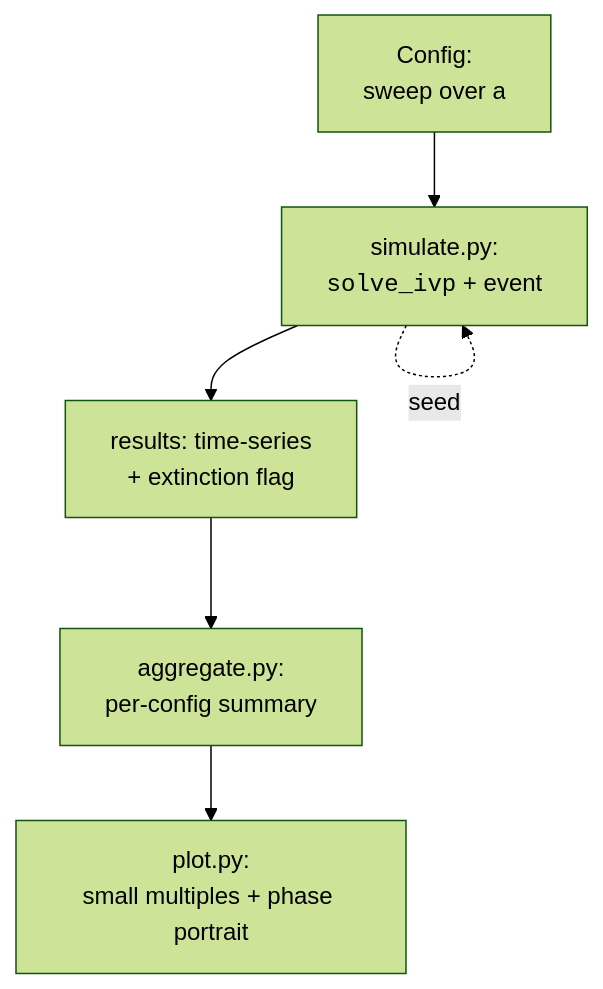
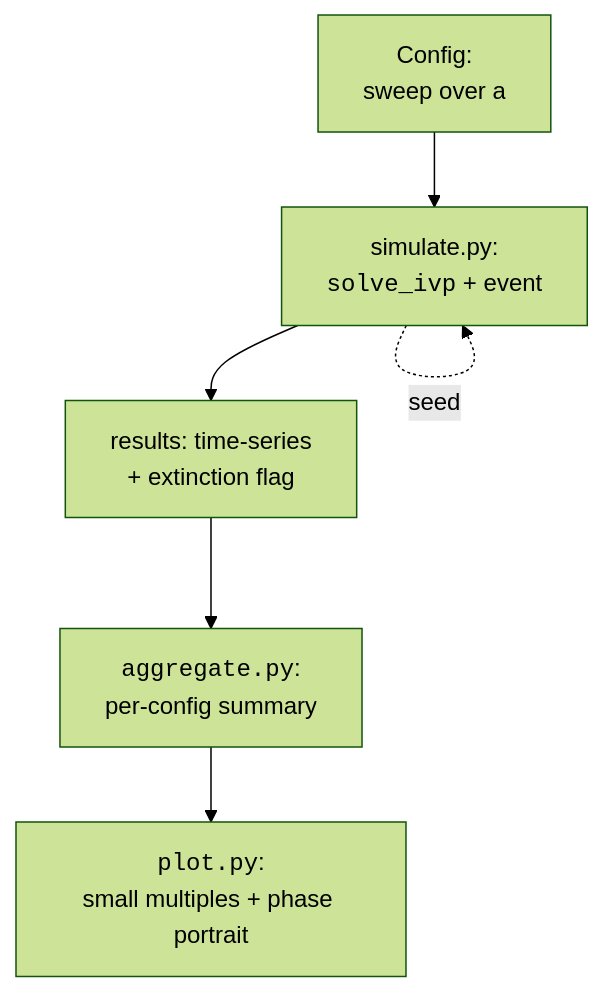
The diagram in content/learn/scientific-computing-python/capstone-simulation.mdx (dataslope/dataslope), drawn with Mermaid (forest theme) before and after one commit. The commit also changed 100 other files, not shown here.

First line of the commit message:
Wrap more code in diagram labels: filenames, hex, assignments, subgraph titles

````diff
--- a/content/learn/scientific-computing-python/capstone-simulation.mdx
+++ b/content/learn/scientific-computing-python/capstone-simulation.mdx
@@ -40,8 +40,8 @@
 ```mermaid
 flowchart TD
     Cfg[Config:<br/>sweep over a] --> Sim["simulate.py:<br/><code>solve_ivp</code> + event"]
     Sim --> Res[results: time-series<br/>+ extinction flag]
-    Res --> Agg[aggregate.py:<br/>per-config summary]
-    Agg --> Viz[plot.py:<br/>small multiples + phase portrait]
+    Res --> Agg["<code>aggregate.py</code>:<br/>per-config summary"]
+    Agg --> Viz["<code>plot.py</code>:<br/>small multiples + phase portrait"]
     Sim -. seed .-> Sim
 ```
````
